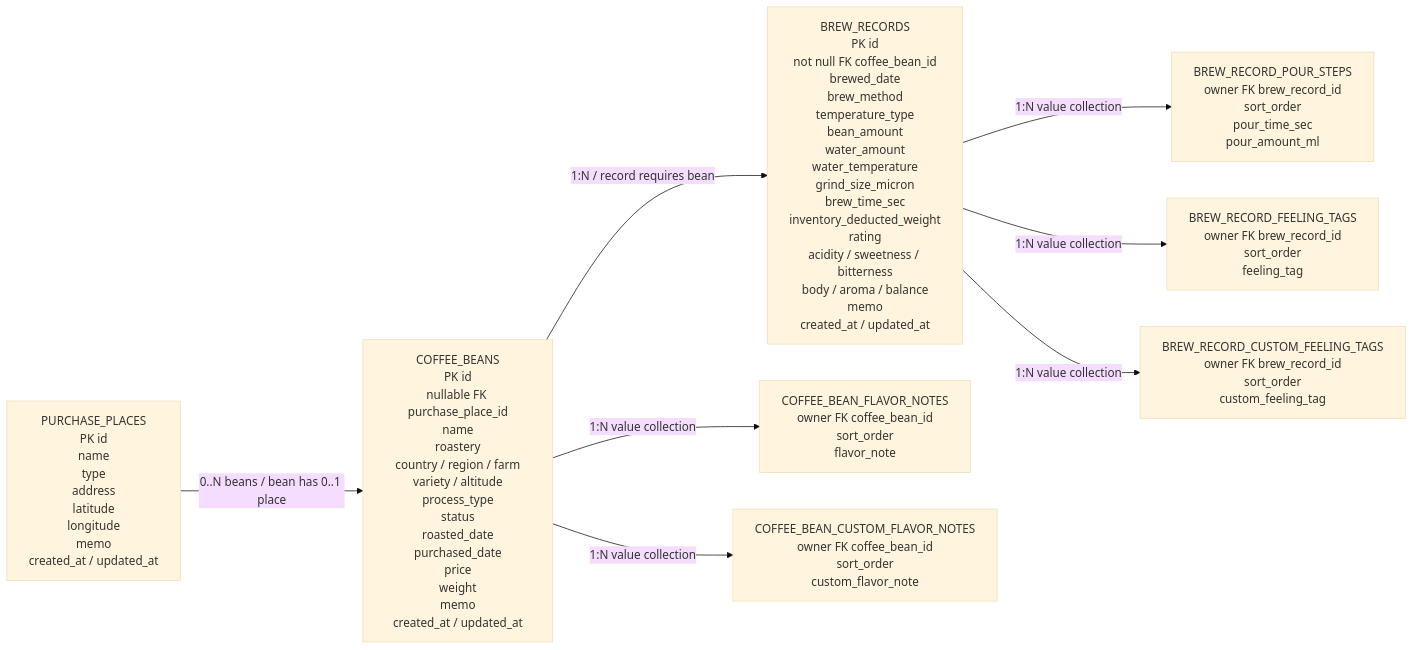
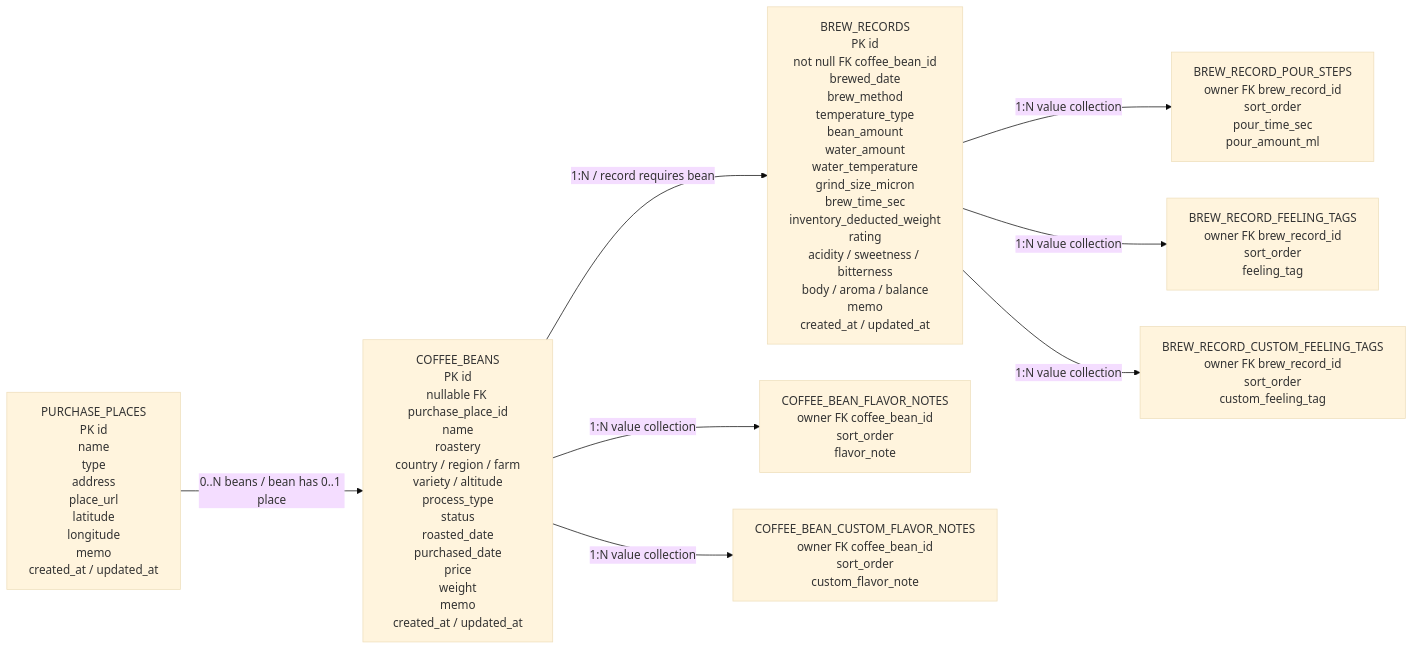
The diagram in README.md (Seonggyun01/brewing-coffee), drawn with Mermaid (base theme) before and after one commit. The commit also changed other lines of this file and 4 other files, not shown here.

````diff
--- a/README.md
+++ b/README.md
@@ -96,20 +103,20 @@
 ```mermaid
 flowchart LR
-    purchasePlaces["PURCHASE_PLACES<br/>PK id<br/>name<br/>type<br/>address<br/>latitude<br/>longitude<br/>memo<br/>created_at / updated_at"]
+    purchasePlaces["PURCHASE_PLACES<br/>PK id<br/>name<br/>type<br/>address<br/>place_url<br/>latitude<br/>longitude<br/>memo<br/>created_at / updated_at"]
     coffeeBeans["COFFEE_BEANS<br/>PK id<br/>nullable FK purchase_place_id<br/>name<br/>roastery<br/>country / region / farm<br/>variety / altitude<br/>process_type<br/>status<br/>roasted_date<br/>purchased_date<br/>price<br/>weight<br/>memo<br/>created_at / updated_at"]
     brewRecords["BREW_RECORDS<br/>PK id<br/>not null FK coffee_bean_id<br/>brewed_date<br/>brew_method<br/>temperature_type<br/>bean_amount<br/>water_amount<br/>water_temperature<br/>grind_size_micron<br/>brew_time_sec<br/>inventory_deducted_weight<br/>rating<br/>acidity / sweetness / bitterness<br/>body / aroma / balance<br/>memo<br/>created_at / updated_at"]
 
     beanFlavorNotes["COFFEE_BEAN_FLAVOR_NOTES<br/>owner FK coffee_bean_id<br/>sort_order<br/>flavor_note"]
     beanCustomFlavorNotes["COFFEE_BEAN_CUSTOM_FLAVOR_NOTES<br/>owner FK coffee_bean_id<br/>sort_order<br/>custom_flavor_note"]
     brewPourSteps["BREW_RECORD_POUR_STEPS<br/>owner FK brew_record_id<br/>sort_order<br/>pour_time_sec<br/>pour_amount_ml"]
     brewFeelingTags["BREW_RECORD_FEELING_TAGS<br/>owner FK brew_record_id<br/>sort_order<br/>feeling_tag"]
     brewCustomFeelingTags["BREW_RECORD_CUSTOM_FEELING_TAGS<br/>owner FK brew_record_id<br/>sort_order<br/>custom_feeling_tag"]
 
     purchasePlaces -- "0..N beans / bean has 0..1 place" --> coffeeBeans
     coffeeBeans -- "1:N / record requires bean" --> brewRecords
     coffeeBeans -- "1:N value collection" --> beanFlavorNotes
     coffeeBeans -- "1:N value collection" --> beanCustomFlavorNotes
     brewRecords -- "1:N value collection" --> brewPourSteps
     brewRecords -- "1:N value collection" --> brewFeelingTags
     brewRecords -- "1:N value collection" --> brewCustomFeelingTags
 ```
````
